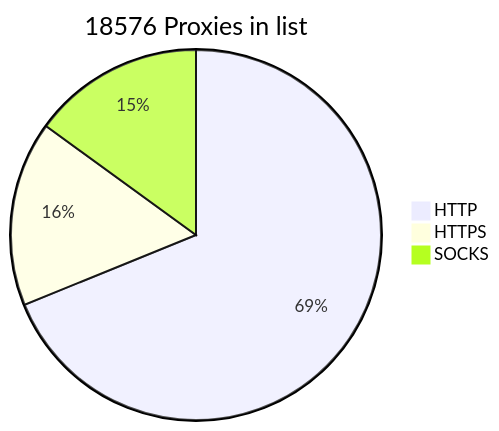
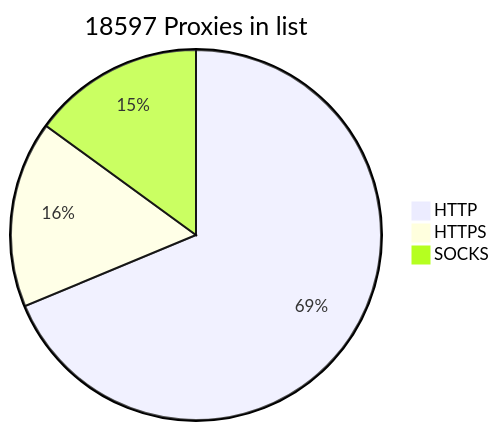
One commit to BlackSnowDot/proxylist-update-every-minute changed the diagram in README.md. Above: the diagram before and after it, drawn with Mermaid.

````diff
--- a/README.md
+++ b/README.md
@@ -2,6 +2,6 @@
 ```mermaid
-pie title 18576 Proxies in list
-    "HTTP" : 13901
-    "HTTPS": 3261
-    "SOCKS" : 3028
+pie title 18597 Proxies in list
+    "HTTP" : 13895
+    "HTTPS": 3293
+    "SOCKS" : 3029
 ```
````
